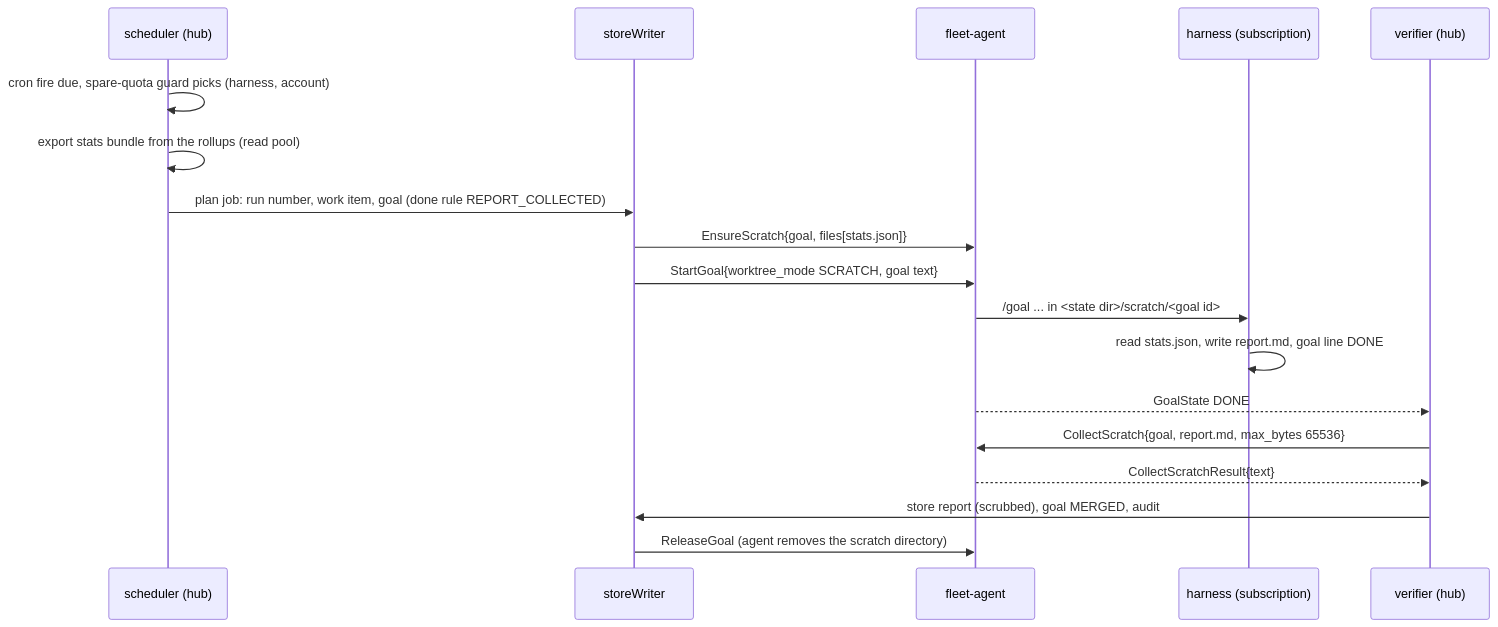
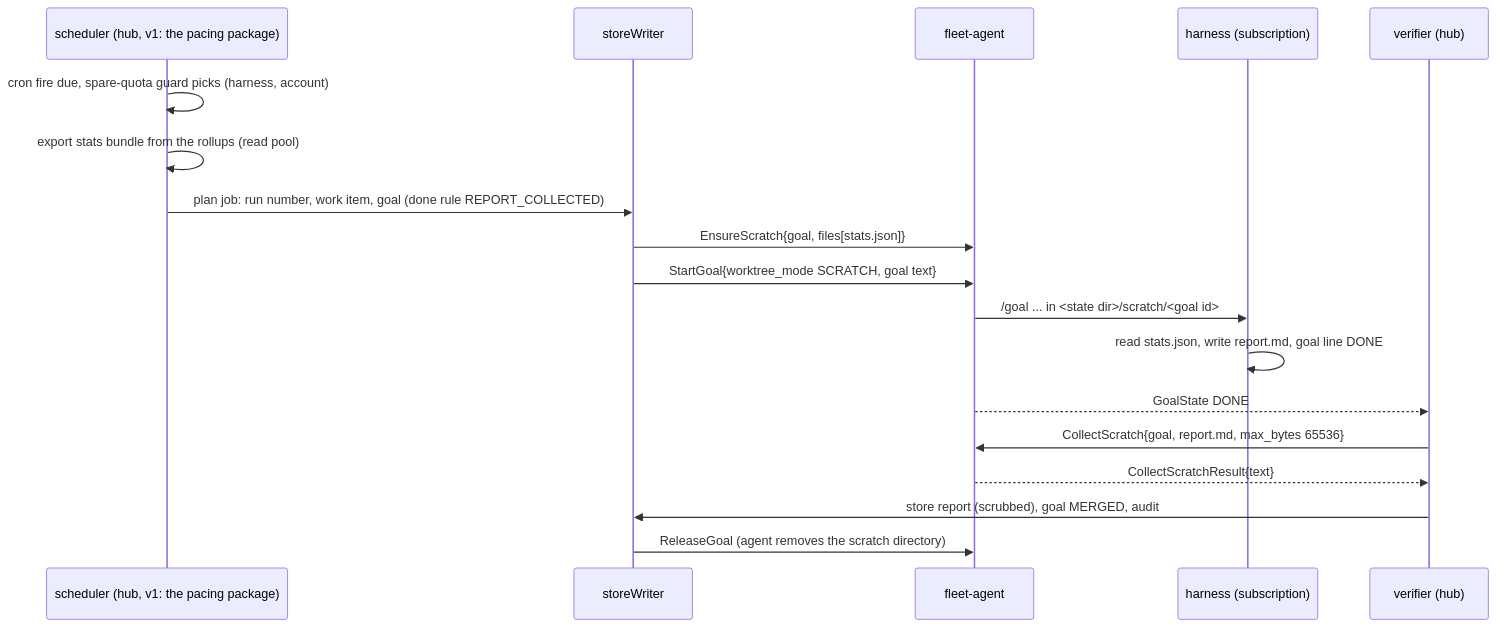
The diagram in docs/specs/05-insights.md (linuxdynasty/fleet-board), drawn with Mermaid before and after one commit. The commit also changed other lines of this file and 123 other files, not shown here.

````diff
--- a/docs/specs/05-insights.md
+++ b/docs/specs/05-insights.md
@@ -189,20 +185,20 @@
 ```mermaid
 sequenceDiagram
-  participant S as scheduler (hub)
+  participant S as scheduler (hub, v1: the pacing package)
   participant W as storeWriter
   participant A as fleet-agent
   participant H as harness (subscription)
   participant V as verifier (hub)
   S->>S: cron fire due, spare-quota guard picks (harness, account)
   S->>S: export stats bundle from the rollups (read pool)
   S->>W: plan job: run number, work item, goal (done rule REPORT_COLLECTED)
   W->>A: EnsureScratch{goal, files[stats.json]}
   W->>A: StartGoal{worktree_mode SCRATCH, goal text}
   A->>H: /goal ... in <state dir>/scratch/<goal id>
   H->>H: read stats.json, write report.md, goal line DONE
   A-->>V: GoalState DONE
   V->>A: CollectScratch{goal, report.md, max_bytes 65536}
   A-->>V: CollectScratchResult{text}
   V->>W: store report (scrubbed), goal MERGED, audit
   W->>A: ReleaseGoal (agent removes the scratch directory)
 ```
````
